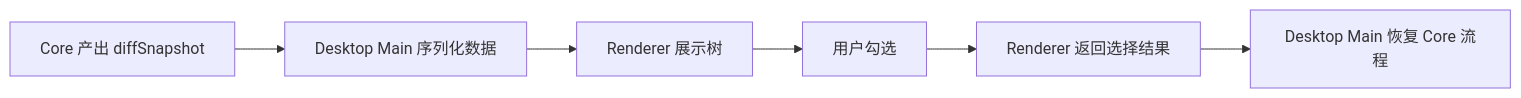
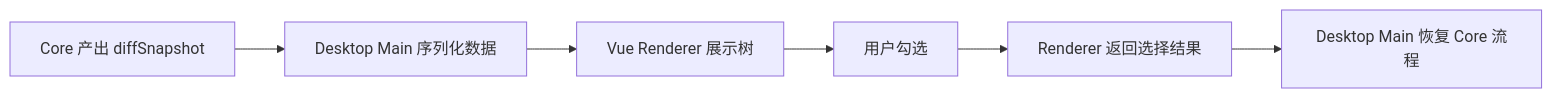
The sixth of 7 diagrams in docs/Flows.md (agalloch21/sync-with-rclone), drawn with Mermaid before and after one commit. The commit also changed other lines of this file and 15 other files, not shown here.

````diff
--- a/docs/Flows.md
+++ b/docs/Flows.md
@@ -82,8 +181,8 @@
 ```mermaid
 flowchart LR
   A["Core 产出 diffSnapshot"] --> B["Desktop Main 序列化数据"]
-  B --> C["Renderer 展示树"]
+  B --> C["Vue Renderer 展示树"]
   C --> D["用户勾选"]
   D --> E["Renderer 返回选择结果"]
   E --> F["Desktop Main 恢复 Core 流程"]
 ```
````
